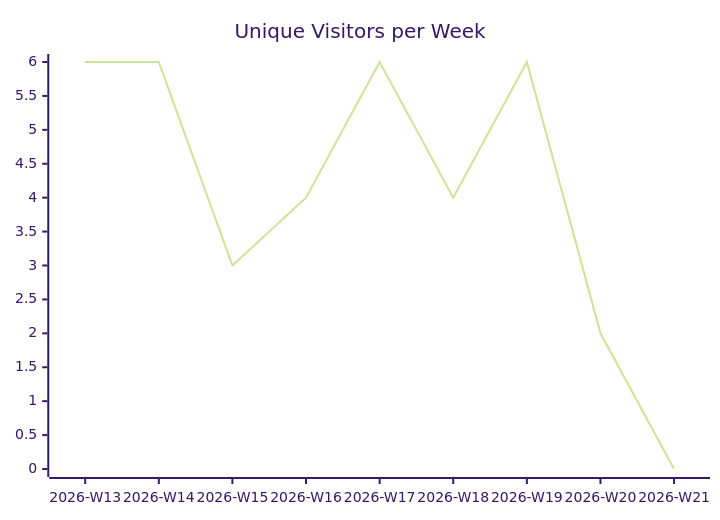
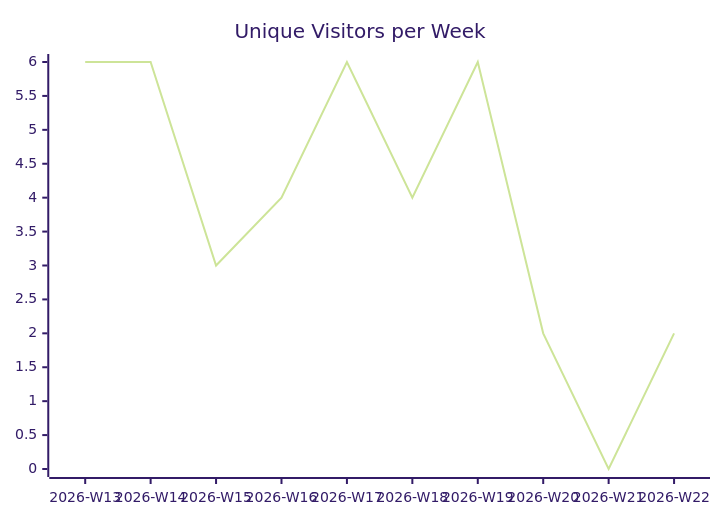
The first of 3 diagrams in karlmdavis/ksoap2-android/README.md (justdavis-family/github-analytics-data), drawn with Mermaid (forest theme) before and after one commit. The commit also changed other lines of this file and 190 other files, not shown here.

````diff
--- a/karlmdavis/ksoap2-android/README.md
+++ b/karlmdavis/ksoap2-android/README.md
@@ -5,6 +5,6 @@
 ```mermaid
 xychart-beta
   title "Unique Visitors per Week"
-  x-axis ["2026-W13", "2026-W14", "2026-W15", "2026-W16", "2026-W17", "2026-W18", "2026-W19", "2026-W20", "2026-W21"]
-  line [6, 6, 3, 4, 6, 4, 6, 2, 0]
+  x-axis ["2026-W13", "2026-W14", "2026-W15", "2026-W16", "2026-W17", "2026-W18", "2026-W19", "2026-W20", "2026-W21", "2026-W22"]
+  line [6, 6, 3, 4, 6, 4, 6, 2, 0, 2]
 ```
````
